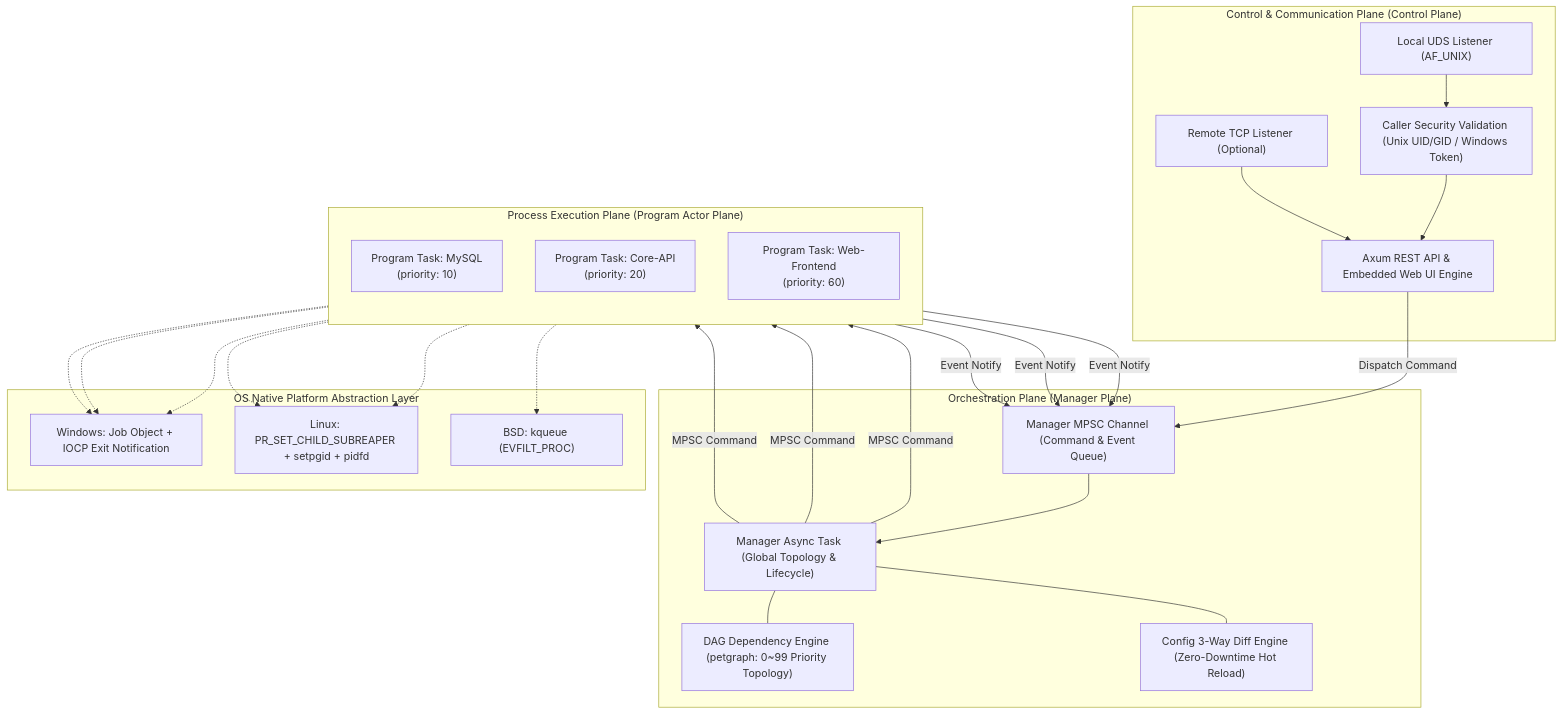
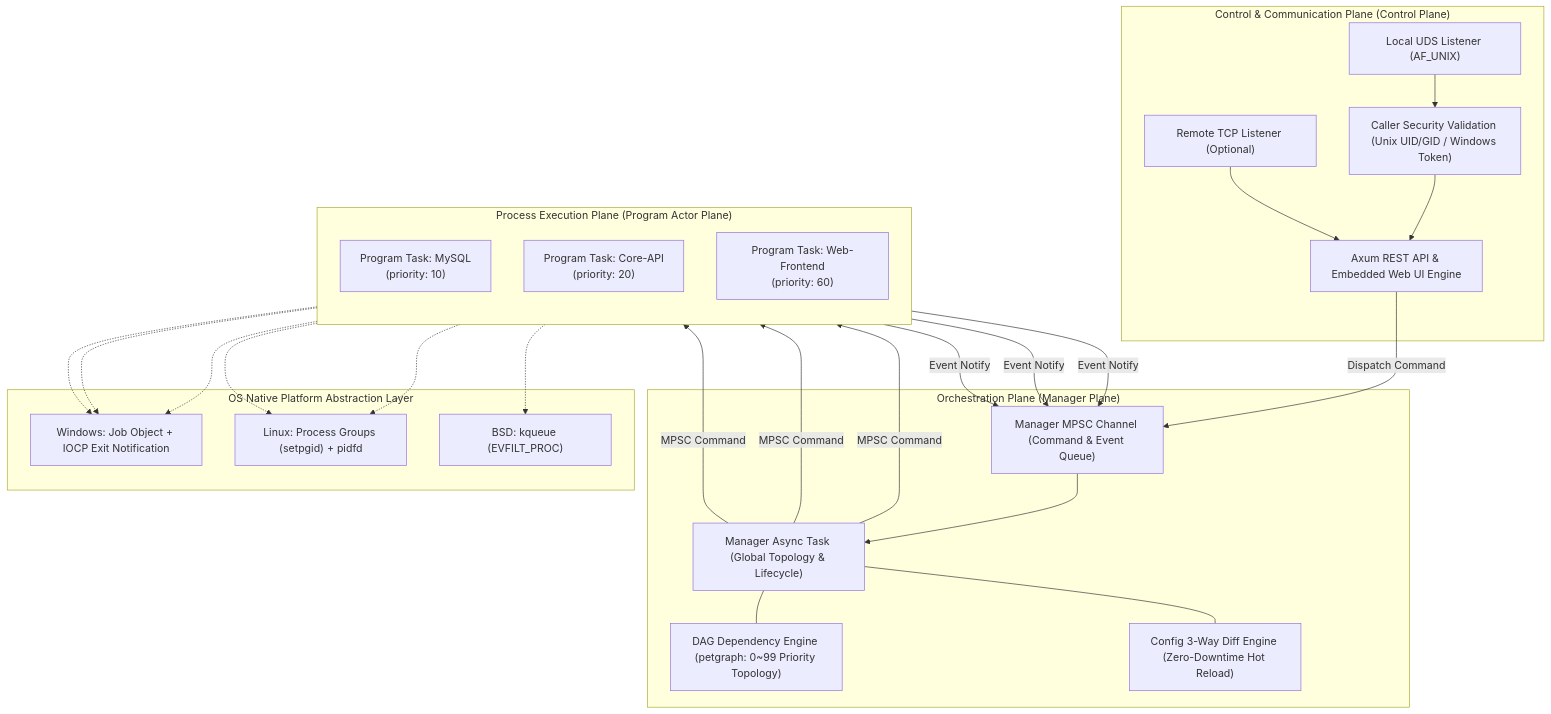
The first of 8 diagrams in docs/DESIGN.md (spritetong/rsupervisord), drawn with Mermaid before and after one commit. The commit also changed other lines of this file and 5 other files, not shown here.

````diff
--- a/docs/DESIGN.md
+++ b/docs/DESIGN.md
@@ -33,46 +33,46 @@
 ```mermaid
 flowchart TD
     subgraph ControlPlane ["Control & Communication Plane (Control Plane)"]
         UDS["Local UDS Listener (AF_UNIX)"]
         TCP["Remote TCP Listener (Optional)"]
         Router["Axum REST API & Embedded Web UI Engine"]
         PeerSecurity["Caller Security Validation (Unix UID/GID / Windows Token)"]
         UDS --> PeerSecurity --> Router
         TCP --> Router
     end
 
     subgraph ManagerPlane ["Orchestration Plane (Manager Plane)"]
         ManagerTask["Manager Async Task (Global Topology & Lifecycle)"]
         DAG["DAG Dependency Engine (petgraph: 0~99 Priority Topology)"]
         DiffEngine["Config 3-Way Diff Engine (Zero-Downtime Hot Reload)"]
         ManagerInbox["Manager MPSC Channel (Command & Event Queue)"]
         ManagerTask --- DAG
         ManagerTask --- DiffEngine
         Router -->|Dispatch Command| ManagerInbox --> ManagerTask
     end
 
     subgraph ProgramPlane ["Process Execution Plane (Program Actor Plane)"]
         direction TB
         ProgramA["Program Task: MySQL\n(priority: 10)"]
         ProgramB["Program Task: Core-API\n(priority: 20)"]
         ProgramC["Program Task: Web-Frontend\n(priority: 60)"]
         
         ManagerTask -->|MPSC Command| ProgramA
         ManagerTask -->|MPSC Command| ProgramB
         ManagerTask -->|MPSC Command| ProgramC
         
         ProgramA -->|Event Notify| ManagerInbox
         ProgramB -->|Event Notify| ManagerInbox
         ProgramC -->|Event Notify| ManagerInbox
     end
 
     subgraph OSPlatform ["OS Native Platform Abstraction Layer"]
         WinJob["Windows: Job Object + IOCP Exit Notification"]
-        PosixSubreaper["Linux: PR_SET_CHILD_SUBREAPER + setpgid + pidfd"]
+        PosixGroups["Linux: Process Groups (setpgid) + pidfd"]
         PosixBsd["BSD: kqueue (EVFILT_PROC)"]
     end
 
-    ProgramA -.-> WinJob & PosixSubreaper
-    ProgramB -.-> WinJob & PosixSubreaper
+    ProgramA -.-> WinJob & PosixGroups
+    ProgramB -.-> WinJob & PosixGroups
     ProgramC -.-> WinJob & PosixBsd
 ```
````
